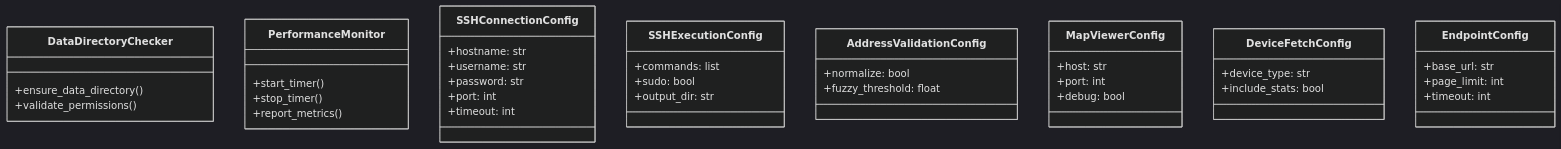
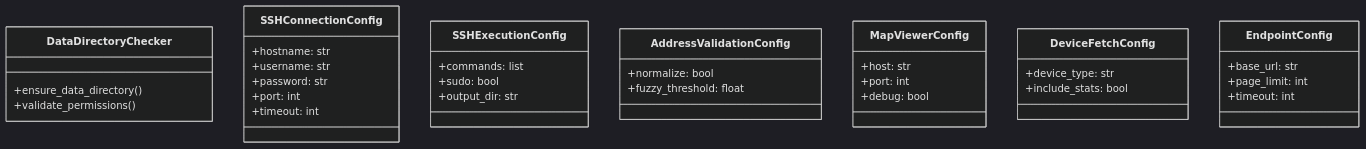
One commit to jmorrison-juniper/MistHelper changed the first of 2 diagrams in documentation/diagrams/class-hierarchy/infrastructure.md. Above: the diagram before and after it, drawn with Mermaid. The commit also changed 1 other file, not shown here.

Commit message:
docs: remove PerformanceMonitor from class-hierarchy diagrams
Updates the two class-hierarchy Mermaid diagrams (infrastructure.md,
overview.md) to drop the PerformanceMonitor references, which the
Diagram reference lint job flagged as stale after deletion in the
same PR. Also updates the "Infrastructure & Core" family count from
2 to 1 to reflect the removal.

Implements T005 diagram-sync leg.

````diff
--- a/documentation/diagrams/class-hierarchy/infrastructure.md
+++ b/documentation/diagrams/class-hierarchy/infrastructure.md
@@ -9,60 +9,54 @@
 ```mermaid
 %%{init: {'theme': 'dark', 'themeVariables': {
   'primaryColor': '#E20074',
   'primaryTextColor': '#E0E0E0',
   'primaryBorderColor': '#99004D',
   'lineColor': '#FF4DA6',
   'secondaryColor': '#16213E',
   'tertiaryColor': '#1A1A2E',
   'fontFamily': 'ui-monospace, monospace'
 }}}%%
 classDiagram
     direction TB
 
     class DataDirectoryChecker {
         +ensure_data_directory()
         +validate_permissions()
-    }
-
-    class PerformanceMonitor {
-        +start_timer()
-        +stop_timer()
-        +report_metrics()
     }
 
     class SSHConnectionConfig {
         +hostname: str
         +username: str
         +password: str
         +port: int
         +timeout: int
     }
 
     class SSHExecutionConfig {
         +commands: list
         +sudo: bool
         +output_dir: str
     }
 
     class AddressValidationConfig {
         +normalize: bool
         +fuzzy_threshold: float
     }
 
     class MapViewerConfig {
         +host: str
         +port: int
         +debug: bool
     }
 
     class DeviceFetchConfig {
         +device_type: str
         +include_stats: bool
     }
 
     class EndpointConfig {
         +base_url: str
         +page_limit: int
         +timeout: int
     }
 ```
````
